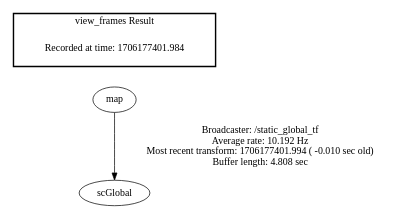
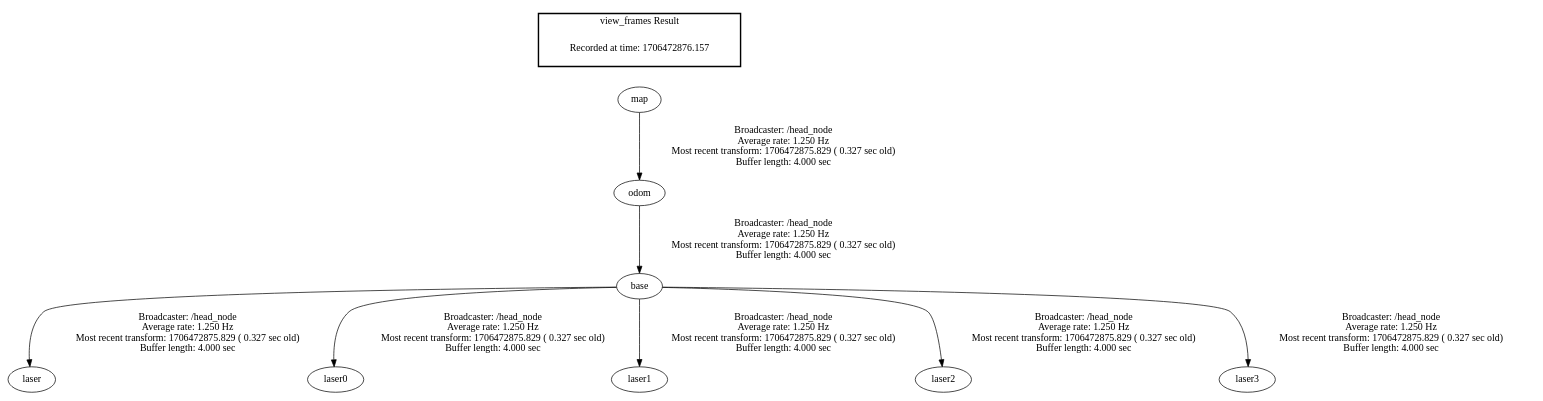
The diagram in frames.gv (Vasechkin2020/RoboBIM-Linux), drawn with Graphviz before and after one commit. The commit also changed 8 other files, not shown here.

```diff
--- a/frames.gv
+++ b/frames.gv
@@ -1,7 +1,13 @@
 digraph G {
-"map" -> "scGlobal"[label="Broadcaster: /static_global_tf\nAverage rate: 10.192 Hz\nMost recent transform: 1706177401.994 ( -0.010 sec old)\nBuffer length: 4.808 sec\n"];
+"map" -> "odom"[label="Broadcaster: /head_node\nAverage rate: 1.250 Hz\nMost recent transform: 1706472875.829 ( 0.327 sec old)\nBuffer length: 4.000 sec\n"];
+"odom" -> "base"[label="Broadcaster: /head_node\nAverage rate: 1.250 Hz\nMost recent transform: 1706472875.829 ( 0.327 sec old)\nBuffer length: 4.000 sec\n"];
+"base" -> "laser"[label="Broadcaster: /head_node\nAverage rate: 1.250 Hz\nMost recent transform: 1706472875.829 ( 0.327 sec old)\nBuffer length: 4.000 sec\n"];
+"base" -> "laser0"[label="Broadcaster: /head_node\nAverage rate: 1.250 Hz\nMost recent transform: 1706472875.829 ( 0.327 sec old)\nBuffer length: 4.000 sec\n"];
+"base" -> "laser1"[label="Broadcaster: /head_node\nAverage rate: 1.250 Hz\nMost recent transform: 1706472875.829 ( 0.327 sec old)\nBuffer length: 4.000 sec\n"];
+"base" -> "laser2"[label="Broadcaster: /head_node\nAverage rate: 1.250 Hz\nMost recent transform: 1706472875.829 ( 0.327 sec old)\nBuffer length: 4.000 sec\n"];
+"base" -> "laser3"[label="Broadcaster: /head_node\nAverage rate: 1.250 Hz\nMost recent transform: 1706472875.829 ( 0.327 sec old)\nBuffer length: 4.000 sec\n"];
 edge [style=invis];
  subgraph cluster_legend { style=bold; color=black; label ="view_frames Result";
-"Recorded at time: 1706177401.984"[ shape=plaintext ] ;
+"Recorded at time: 1706472876.157"[ shape=plaintext ] ;
  }->"map";
 }
```
